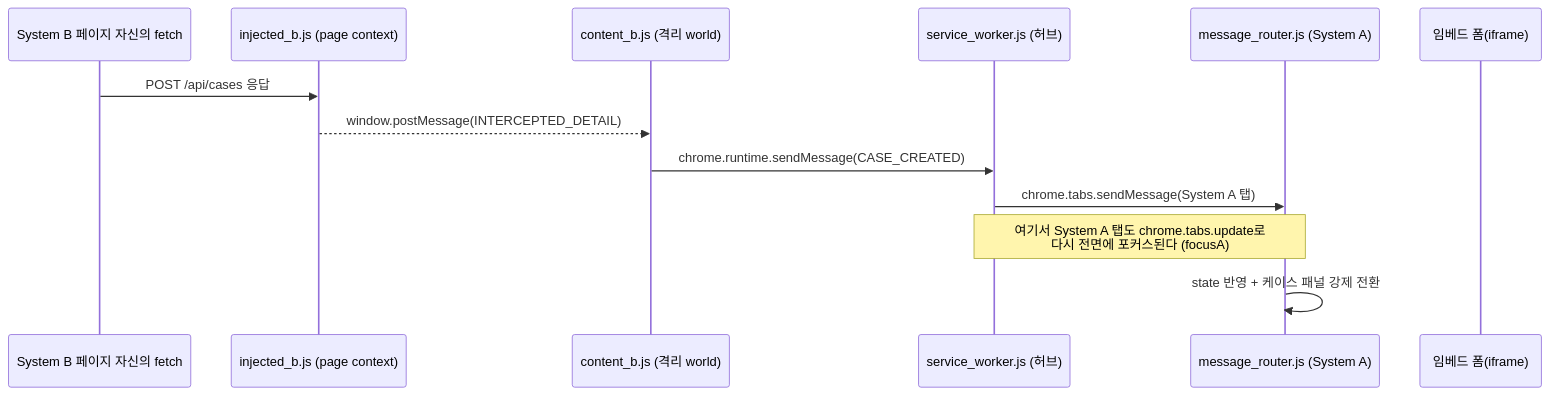
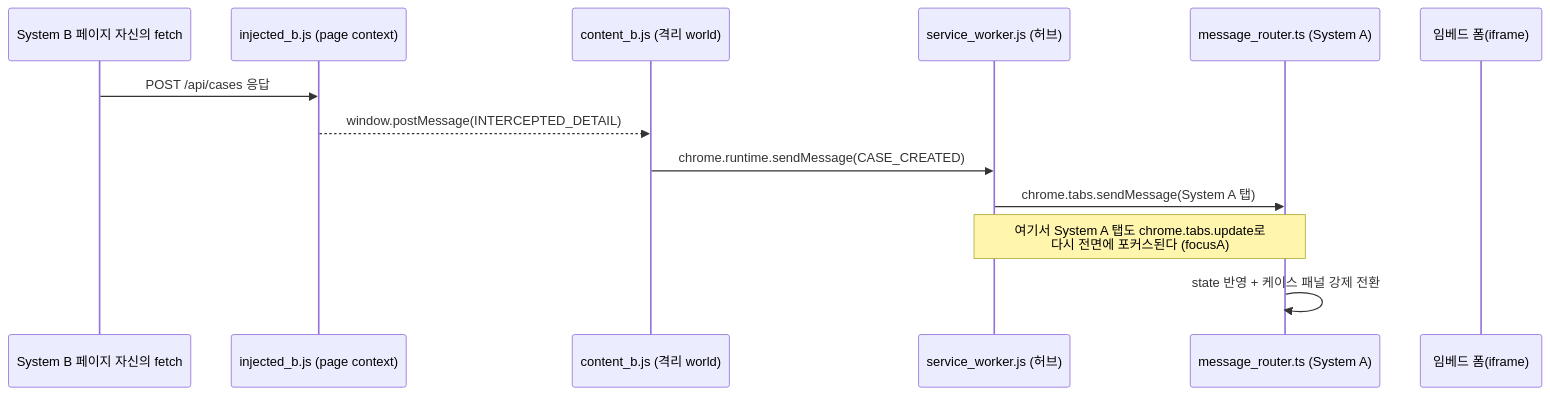
Before and after one commit to JY-maru/integrated-systems-sidebar: the second of 3 diagrams in README.md, drawn with Mermaid. The commit also changed other lines of this file and 25 other files, not shown here.

````diff
--- a/README.md
+++ b/README.md
@@ -172,16 +246,16 @@
 ```mermaid
 sequenceDiagram
     participant Page as System B 페이지 자신의 fetch
     participant Inject as injected_b.js (page context)
     participant Content as content_b.js (격리 world)
     participant BG as service_worker.js (허브)
-    participant Router as message_router.js (System A)
+    participant Router as message_router.ts (System A)
     participant Iframe as 임베드 폼(iframe)
 
     Page->>Inject: POST /api/cases 응답
     Inject-->>Content: window.postMessage(INTERCEPTED_DETAIL)
     Content->>BG: chrome.runtime.sendMessage(CASE_CREATED)
     BG->>Router: chrome.tabs.sendMessage(System A 탭)
     Note over BG,Router: 여기서 System A 탭도 chrome.tabs.update로<br/>다시 전면에 포커스된다 (focusA)
     Router->>Router: state 반영 + 케이스 패널 강제 전환
 ```
````
